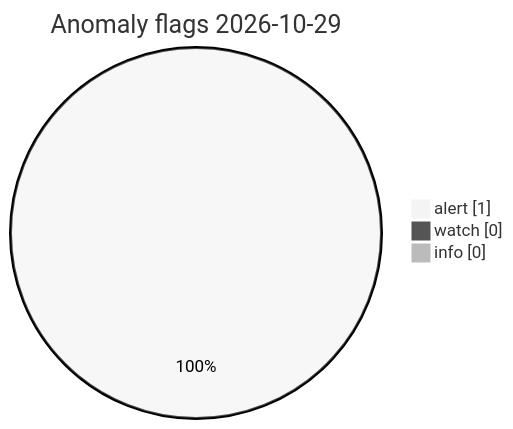
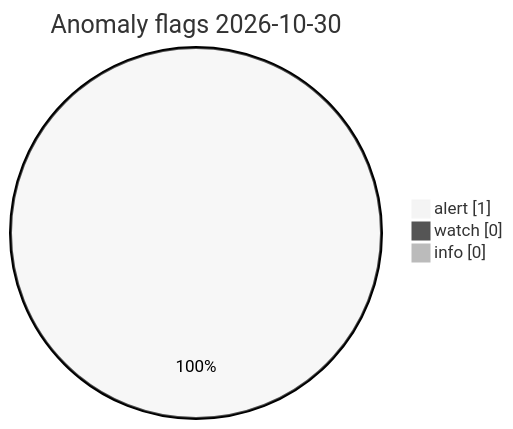
The diagram in visuals/latest/CHARTS.md (Midwest-Stratospheric/Unified-Open-Global-Weather), drawn with Mermaid (neutral theme) before and after one commit. The commit also changed other lines of this file and 23 other files, not shown here.

Commit message:
data(visuals): automated charts 2026-10-30T11:08Z

````diff
--- a/visuals/latest/CHARTS.md
+++ b/visuals/latest/CHARTS.md
@@ -73,7 +73,7 @@
 ```mermaid
 pie showData
-  title Anomaly flags 2026-10-29
+  title Anomaly flags 2026-10-30
   "alert" : 1
   "watch" : 0
   "info" : 0
 ```
````
